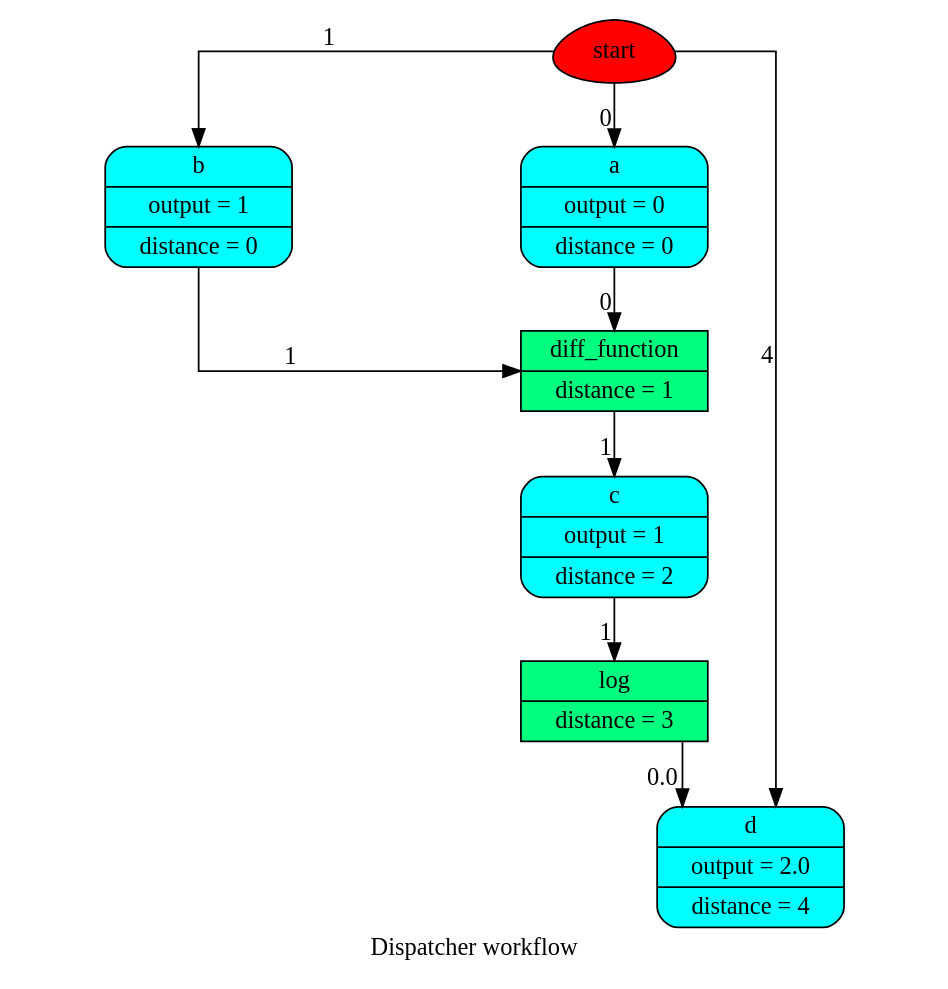
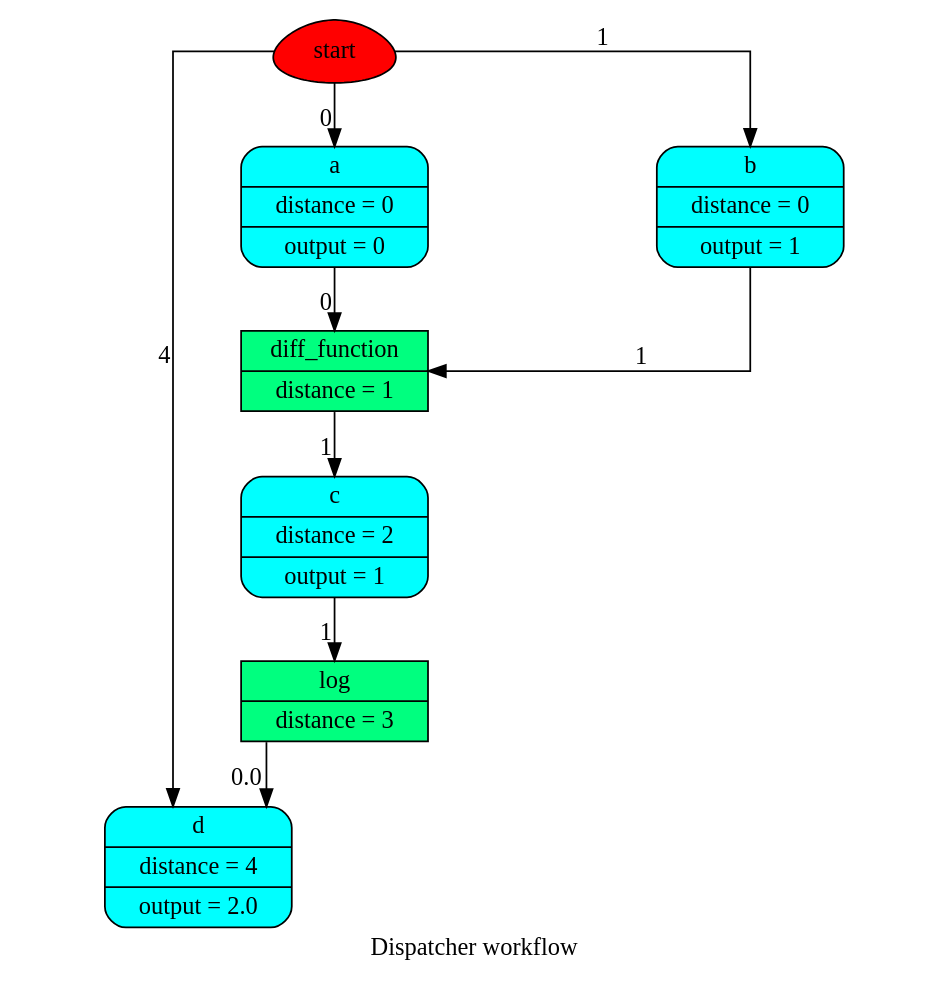
Before and after one commit to vinci1it2000/schedula: the diagram in doc/source/dispatcher/__init__/Dispatcher/wf.dot, drawn with Graphviz. The commit also changed 26 other files, not shown here.

```diff
--- a/doc/source/dispatcher/__init__/Dispatcher/wf.dot
+++ b/doc/source/dispatcher/__init__/Dispatcher/wf.dot
@@ -1,21 +1,21 @@
 digraph Dispatcher {
 	graph [ratio=1]
 	node [style=filled]
+	label = "Dispatcher workflow"
 	splines = ortho
-	label = "Dispatcher workflow"
-		Dispatcher_4373696824 [label=start fillcolor=red shape=egg]
-		Dispatcher_6013051498004961488 [label="{ diff_function | distance = 1 }" fillcolor=springgreen shape=record]
-		"Dispatcher_-427784935824896063" [label="{ b | output = 1 | distance = 0 }" fillcolor=cyan shape=Mrecord]
-		"Dispatcher_-6866225254170713515" [label="{ d | output = 2.0 | distance = 4 }" fillcolor=cyan shape=Mrecord]
-		Dispatcher_5626300579074633926 [label="{ c | output = 1 | distance = 2 }" fillcolor=cyan shape=Mrecord]
-		"Dispatcher_-3574468403947108869" [label="{ a | output = 0 | distance = 0 }" fillcolor=cyan shape=Mrecord]
-		"Dispatcher_-7227856657863221857" [label="{ log | distance = 3 }" fillcolor=springgreen shape=record]
-			Dispatcher_6013051498004961488 -> Dispatcher_5626300579074633926 [xlabel=1]
-			"Dispatcher_-427784935824896063" -> Dispatcher_6013051498004961488 [xlabel=1]
-			Dispatcher_5626300579074633926 -> "Dispatcher_-7227856657863221857" [xlabel=1]
-			Dispatcher_4373696824 -> "Dispatcher_-427784935824896063" [xlabel=1]
-			Dispatcher_4373696824 -> "Dispatcher_-3574468403947108869" [xlabel=0]
-			Dispatcher_4373696824 -> "Dispatcher_-6866225254170713515" [xlabel=4]
-			"Dispatcher_-3574468403947108869" -> Dispatcher_6013051498004961488 [xlabel=0]
-			"Dispatcher_-7227856657863221857" -> "Dispatcher_-6866225254170713515" [xlabel=0.0]
+		Dispatcher_4373721400 [label=start fillcolor=red shape=egg]
+		"Dispatcher_-2509492657833815664" [label="{ log | distance = 3 }" fillcolor=springgreen shape=record]
+		Dispatcher_4028652557604299651 [label="{ d | distance = 4 | output = 2.0 }" fillcolor=cyan shape=Mrecord]
+		Dispatcher_3829604048406725252 [label="{ diff_function | distance = 1 }" fillcolor=springgreen shape=record]
+		"Dispatcher_-1739731674132073175" [label="{ c | distance = 2 | output = 1 }" fillcolor=cyan shape=Mrecord]
+		"Dispatcher_-8503278920192876870" [label="{ a | distance = 0 | output = 0 }" fillcolor=cyan shape=Mrecord]
+		"Dispatcher_-3117625956851900853" [label="{ b | distance = 0 | output = 1 }" fillcolor=cyan shape=Mrecord]
+			"Dispatcher_-2509492657833815664" -> Dispatcher_4028652557604299651 [xlabel=0.0]
+			Dispatcher_3829604048406725252 -> "Dispatcher_-1739731674132073175" [xlabel=1]
+			Dispatcher_4373721400 -> "Dispatcher_-8503278920192876870" [xlabel=0]
+			Dispatcher_4373721400 -> "Dispatcher_-3117625956851900853" [xlabel=1]
+			Dispatcher_4373721400 -> Dispatcher_4028652557604299651 [xlabel=4]
+			"Dispatcher_-1739731674132073175" -> "Dispatcher_-2509492657833815664" [xlabel=1]
+			"Dispatcher_-8503278920192876870" -> Dispatcher_3829604048406725252 [xlabel=0]
+			"Dispatcher_-3117625956851900853" -> Dispatcher_3829604048406725252 [xlabel=1]
 }
```
